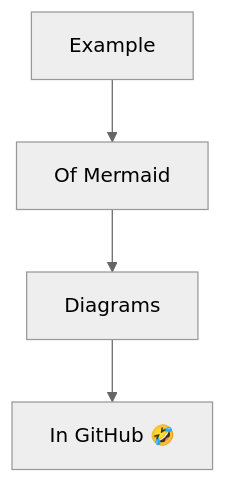
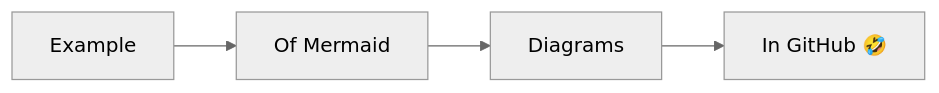
The diagram in README.md (omer-priel/omer-priel), drawn with Mermaid (neutral theme) before and after one commit.

````diff
--- a/README.md
+++ b/README.md
@@ -33,6 +33,6 @@
 ```mermaid
-graph TD;
+graph LR;
   Example --> Of[Of Mermaid]
   Of --> Diagrams
   Diagrams --> In[In GitHub 🤣] 
 ```
````
